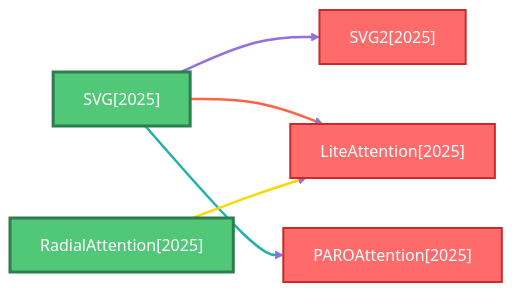
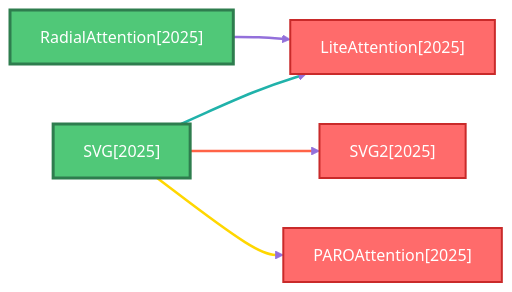
One commit to hustzxd/EfficientPaper changed the second of 6 diagrams in docs/baseline_methods_graph.md. Above: the diagram before and after it, drawn with Mermaid (forest theme). The commit also changed other lines of this file and 5 other files, not shown here.

````diff
--- a/docs/baseline_methods_graph.md
+++ b/docs/baseline_methods_graph.md
@@ -57,27 +57,27 @@
 ```mermaid
 flowchart LR
     classDef defaultNode fill:#4A90E2,stroke:#2E5C8A,stroke-width:2px,color:#fff
     classDef rootNode fill:#50C878,stroke:#2E7D4E,stroke-width:3px,color:#fff
     classDef leafNode fill:#FF6B6B,stroke:#C92A2A,stroke-width:2px,color:#fff
     linkStyle default stroke:#9370DB,stroke-width:2px
 
+    2025_RadialAttention["RadialAttention[2025]"]
+    class 2025_RadialAttention rootNode
+    2025_LiteAttention["LiteAttention[2025]"]
+    class 2025_LiteAttention leafNode
+    2025_SVG2["SVG2[2025]"]
+    class 2025_SVG2 leafNode
     2025_PAROAttention["PAROAttention[2025]"]
     class 2025_PAROAttention leafNode
-    2025_SVG2["SVG2[2025]"]
-    class 2025_SVG2 leafNode
-    2025_LiteAttention["LiteAttention[2025]"]
-    class 2025_LiteAttention leafNode
     2025_SVG["SVG[2025]"]
     class 2025_SVG rootNode
-    2025_RadialAttention["RadialAttention[2025]"]
-    class 2025_RadialAttention rootNode
 
+    2025_RadialAttention ==>|" "| 2025_LiteAttention
+    linkStyle 0 stroke:#9370DB,stroke-width:2.5px
     2025_SVG ==>|" "| 2025_SVG2
-    linkStyle 0 stroke:#9370DB,stroke-width:2.5px
+    linkStyle 1 stroke:#FF6347,stroke-width:2.5px
     2025_SVG ==>|" "| 2025_LiteAttention
-    linkStyle 1 stroke:#FF6347,stroke-width:2.5px
+    linkStyle 2 stroke:#20B2AA,stroke-width:2.5px
     2025_SVG ==>|" "| 2025_PAROAttention
-    linkStyle 2 stroke:#20B2AA,stroke-width:2.5px
-    2025_RadialAttention ==>|" "| 2025_LiteAttention
     linkStyle 3 stroke:#FFD700,stroke-width:2.5px
 ```
````
